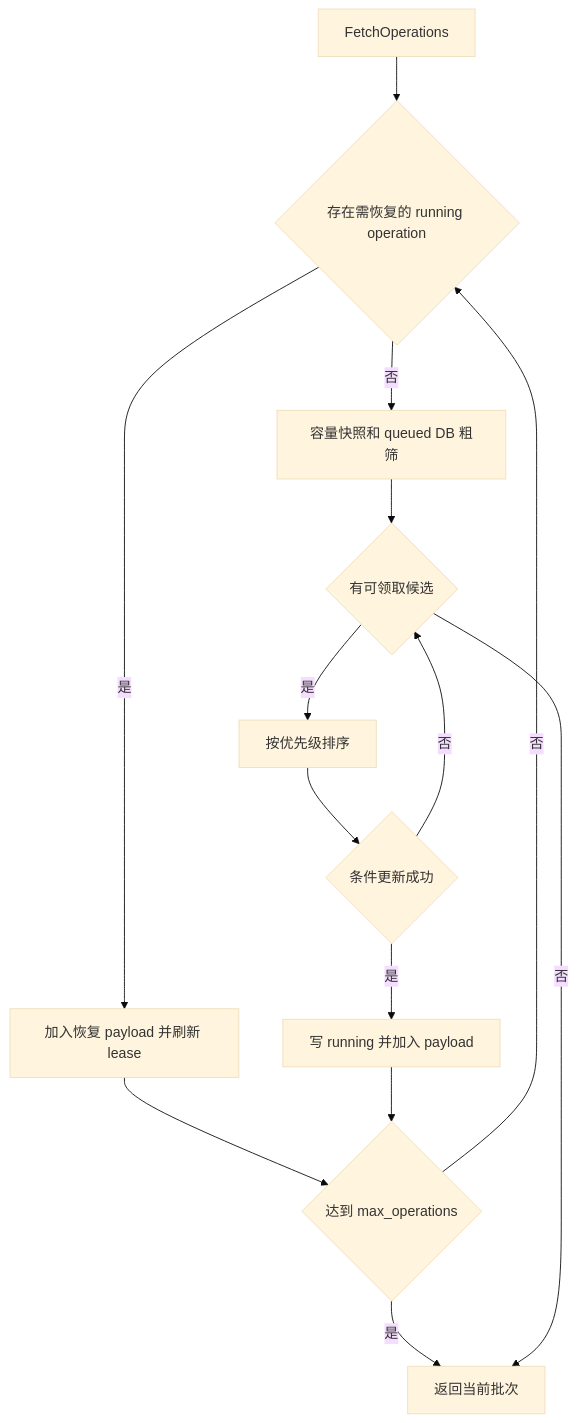
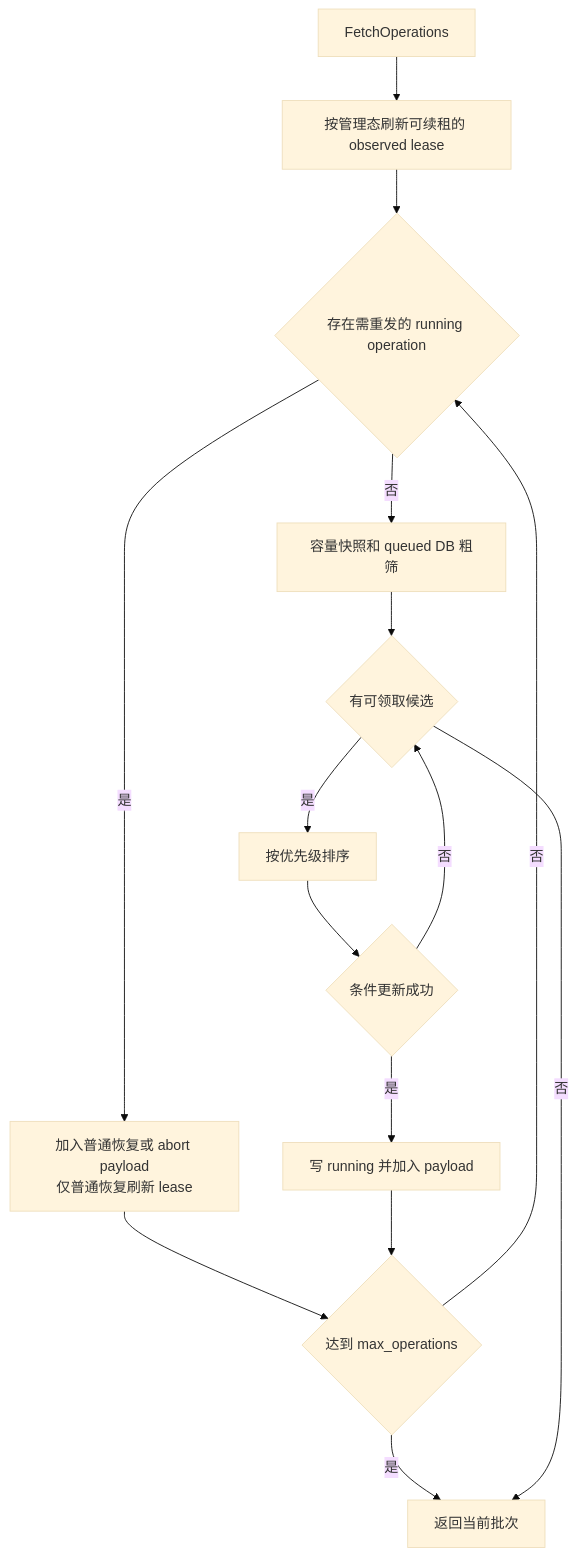
Before and after one commit to ExplodingDragon/gitea-dev: the third of 4 diagrams in src/state-machine.md, drawn with Mermaid (base theme). The commit also changed other lines of this file and 9 other files, not shown here.

````diff
--- a/src/state-machine.md
+++ b/src/state-machine.md
@@ -269,27 +283,29 @@
 ```mermaid
 flowchart TD
     fetch["FetchOperations"]
-    recover{"存在需恢复的 running operation"}
-    resend["加入恢复 payload 并刷新 lease"]
+    observed["按管理态刷新可续租的 observed lease"]
+    recover{"存在需重发的 running operation"}
+    resend["加入普通恢复或 abort payload<br/>仅普通恢复刷新 lease"]
     limit{"达到 max_operations"}
     prepare["容量快照和 queued DB 粗筛"]
     filter{"有可领取候选"}
     sort["按优先级排序"]
     claim{"条件更新成功"}
     payload["写 running 并加入 payload"]
     done["返回当前批次"]
 
-    fetch --> recover
+    fetch --> observed
+    observed --> recover
     recover -- 是 --> resend
     resend --> limit
     recover -- 否 --> prepare
     limit -- 是 --> done
     limit -- 否 --> recover
     prepare --> filter
     filter -- 否 --> done
     filter -- 是 --> sort
     sort --> claim
     claim -- 否 --> filter
     claim -- 是 --> payload
     payload --> limit
 ```
````
